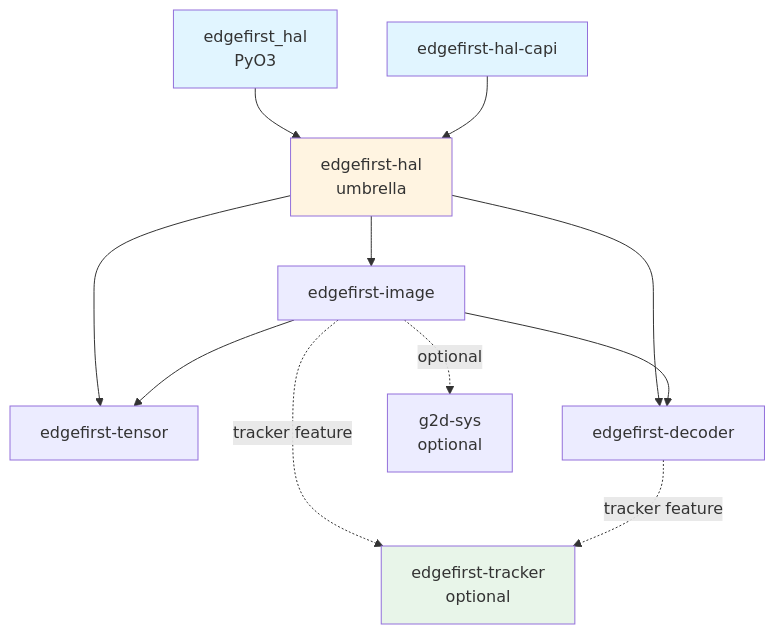
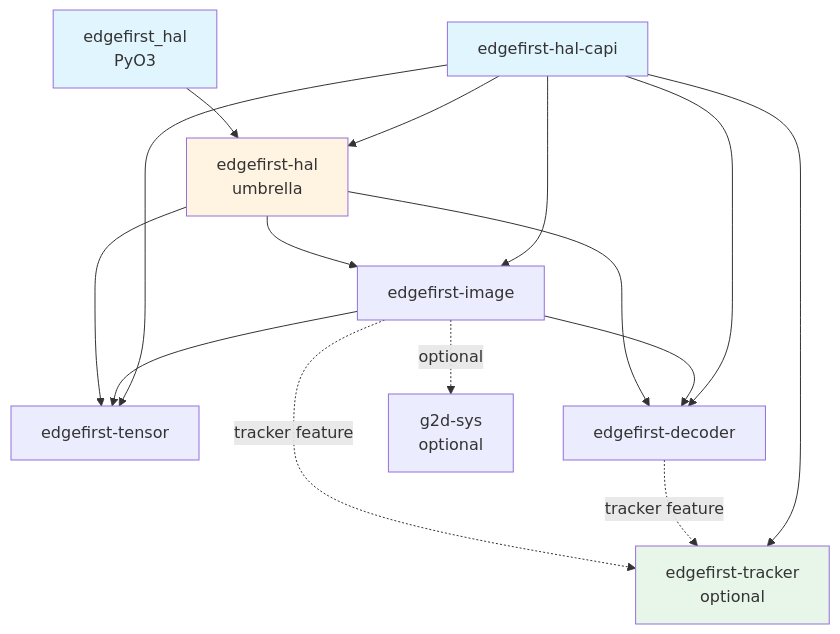
One commit to EdgeFirstAI/hal changed the second of 2 diagrams in README.md. Above: the diagram before and after it, drawn with Mermaid. The commit also changed 15 other files, not shown here.

````diff
--- a/README.md
+++ b/README.md
@@ -625,29 +625,33 @@
 ```mermaid
 graph TD
     EF[edgefirst-hal<br/>umbrella]
     Tensor[edgefirst-tensor]
     Image[edgefirst-image]
     Decoder[edgefirst-decoder]
     Tracker[edgefirst-tracker<br/>optional]
     G2D[g2d-sys<br/>optional]
 
     EF --> Tensor
     EF --> Image
     EF --> Decoder
     Image --> Tensor
     Image --> Decoder
     Image -.optional.-> G2D
     Image -.->|tracker feature| Tracker
     Decoder -.->|tracker feature| Tracker
 
     Python[edgefirst_hal<br/>PyO3]
     CAPI[edgefirst-hal-capi]
 
     Python --> EF
     CAPI --> EF
+    CAPI --> Tensor
+    CAPI --> Image
+    CAPI --> Decoder
+    CAPI --> Tracker
 
     style EF fill:#fff4e1
     style Python fill:#e1f5ff
     style CAPI fill:#e1f5ff
     style Tracker fill:#e8f5e9
 ```
````
